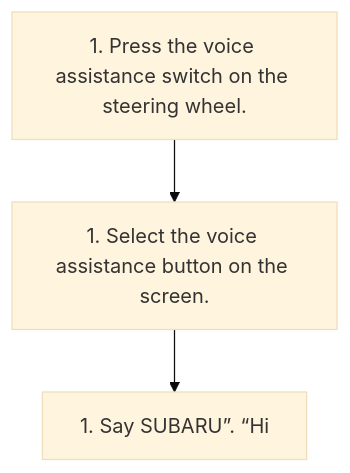
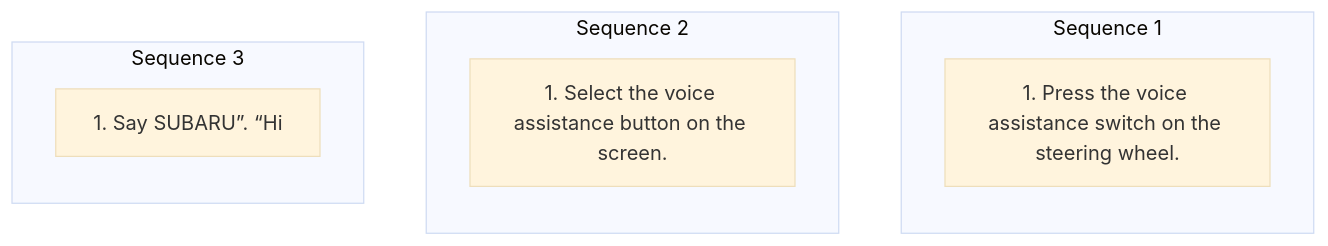
Before and after one commit to Chieko-Y/my-spec-generator: the diagram in workspace/subaru/outback-2026/ivi/published/basic-operation/20-using-the-voice-assistance-system.md, drawn with Mermaid (base theme). The commit also changed other lines of this file and 268 other files, not shown here.

````diff
--- a/workspace/subaru/outback-2026/ivi/published/basic-operation/20-using-the-voice-assistance-system.md
+++ b/workspace/subaru/outback-2026/ivi/published/basic-operation/20-using-the-voice-assistance-system.md
@@ -14,8 +14,15 @@
 ```mermaid
 flowchart TD
-    S1["1. Press the voice assistance switch on the steering wheel."]
-    S2["1. Select the voice assistance button on the screen."]
-    S3["1. Say SUBARU”. “Hi"]
-    S1 --> S2
-    S2 --> S3
+    subgraph SEQ1["Sequence 1"]
+    direction TB
+    S1_1["1. Press the voice assistance switch on the steering wheel."]
+    end
+    subgraph SEQ2["Sequence 2"]
+    direction TB
+    S2_1["1. Select the voice assistance button on the screen."]
+    end
+    subgraph SEQ3["Sequence 3"]
+    direction TB
+    S3_1["1. Say SUBARU”. “Hi"]
+    end
 ```
````
